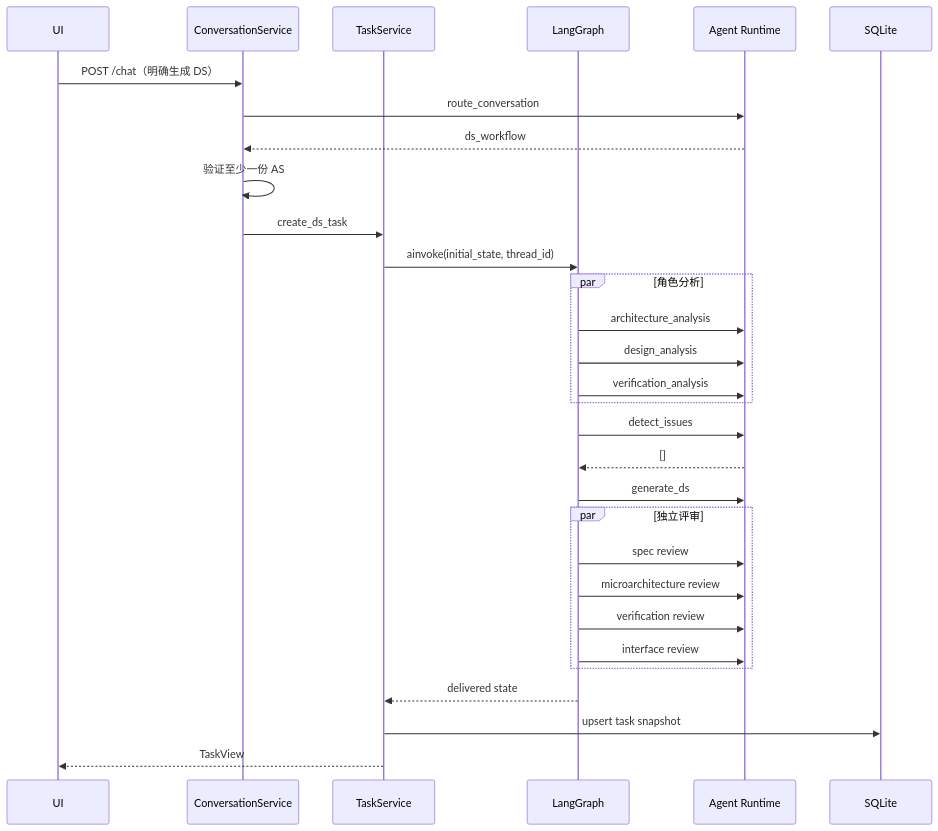
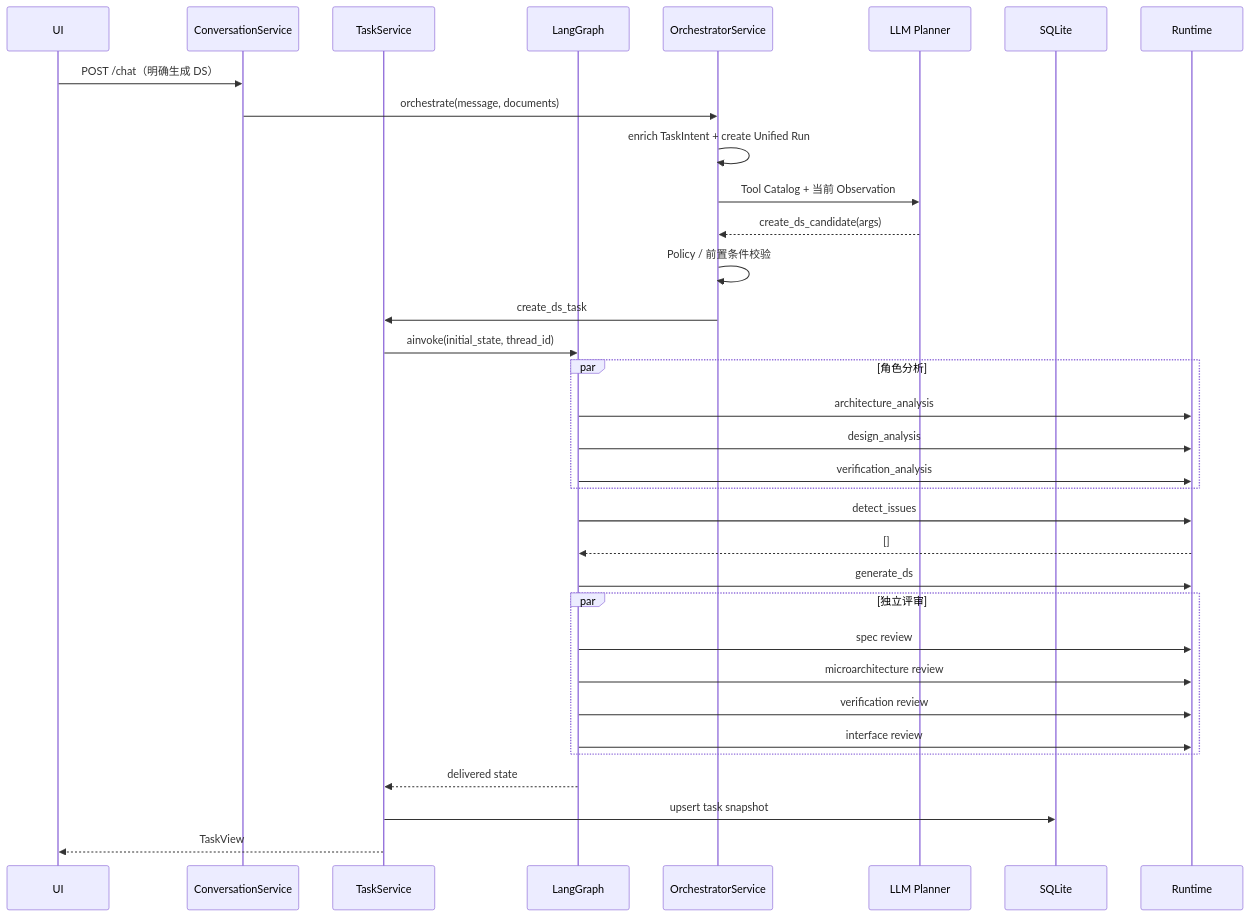
Before and after one commit to yaowensial-g/chipDesignAgent: the fifth of 8 diagrams in docs/runtime-flow.md, drawn with Mermaid. The commit also changed other lines of this file and 36 other files, not shown here.

Commit message:
Upgrade dynamic orchestration and architecture docs to v0.4

````diff
--- a/docs/runtime-flow.md
+++ b/docs/runtime-flow.md
@@ -347,33 +349,36 @@
 ```mermaid
 sequenceDiagram
     participant UI
     participant Conv as ConversationService
     participant Task as TaskService
     participant Graph as LangGraph
-    participant Runtime as Agent Runtime
+    participant Orch as OrchestratorService
+    participant Planner as LLM Planner
     participant DB as SQLite
 
     UI->>Conv: POST /chat（明确生成 DS）
-    Conv->>Runtime: route_conversation
-    Runtime-->>Conv: ds_workflow
-    Conv->>Conv: 验证至少一份 AS
-    Conv->>Task: create_ds_task
+    Conv->>Orch: orchestrate(message, documents)
+    Orch->>Orch: enrich TaskIntent + create Unified Run
+    Orch->>Planner: Tool Catalog + 当前 Observation
+    Planner-->>Orch: create_ds_candidate(args)
+    Orch->>Orch: Policy / 前置条件校验
+    Orch->>Task: create_ds_task
     Task->>Graph: ainvoke(initial_state, thread_id)
     par 角色分析
         Graph->>Runtime: architecture_analysis
         Graph->>Runtime: design_analysis
         Graph->>Runtime: verification_analysis
     end
     Graph->>Runtime: detect_issues
     Runtime-->>Graph: []
     Graph->>Runtime: generate_ds
     par 独立评审
         Graph->>Runtime: spec review
         Graph->>Runtime: microarchitecture review
         Graph->>Runtime: verification review
         Graph->>Runtime: interface review
     end
     Graph-->>Task: delivered state
     Task->>DB: upsert task snapshot
     Task-->>UI: TaskView
 ```
````
